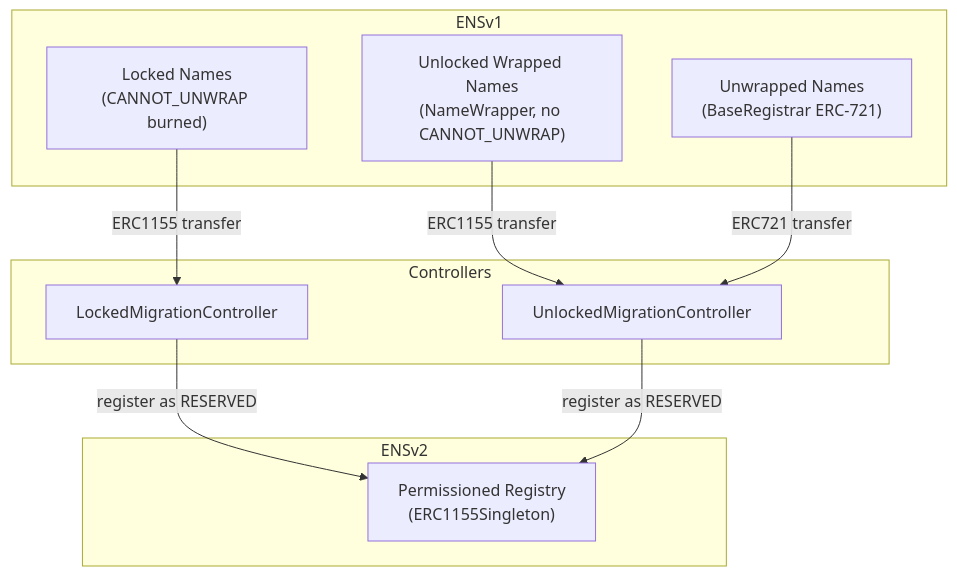
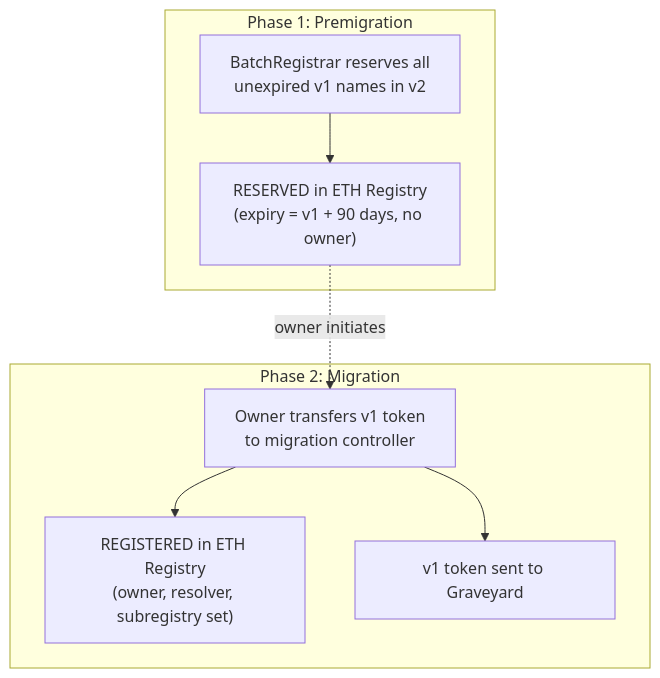
One commit to ensdomains/docs changed the diagram in src/pages/contracts/ensv2/migration.mdx. Above: the diagram before and after it, drawn with Mermaid. The commit also changed other lines of this file, not shown here.

Commit message:
Add new migration page template (WIP)

````diff
--- a/src/pages/contracts/ensv2/migration.mdx
+++ b/src/pages/contracts/ensv2/migration.mdx
@@ -19,23 +21,18 @@
 ```mermaid
 flowchart TB
-    subgraph ENSv1
-        locked["Locked Names\n(CANNOT_UNWRAP burned)"]
-        unlocked["Unlocked Wrapped Names\n(NameWrapper, no CANNOT_UNWRAP)"]
-        unwrapped["Unwrapped Names\n(BaseRegistrar ERC-721)"]
+    subgraph Phase 1: Premigration
+        batch["BatchRegistrar reserves all\nunexpired v1 names in v2"]
+        reserved["RESERVED in ETH Registry\n(expiry = v1 + 90 days, no owner)"]
+        batch --> reserved
     end
 
-    subgraph Controllers
-        lmc["LockedMigrationController"]
-        umc["UnlockedMigrationController"]
+    subgraph Phase 2: Migration
+        transfer["Owner transfers v1 token\nto migration controller"]
+        registered["REGISTERED in ETH Registry\n(owner, resolver, subregistry set)"]
+        graveyard["v1 token sent to Graveyard"]
+        transfer --> registered
+        transfer --> graveyard
     end
 
-    subgraph ENSv2
-        registry["Permissioned Registry\n(ERC1155Singleton)"]
-    end
-
-    locked -->|"ERC1155 transfer"| lmc
-    unlocked -->|"ERC1155 transfer"| umc
-    unwrapped -->|"ERC721 transfer"| umc
-    lmc -->|"register as RESERVED"| registry
-    umc -->|"register as RESERVED"| registry
+    reserved -.->|"owner initiates"| transfer
 ```
````
